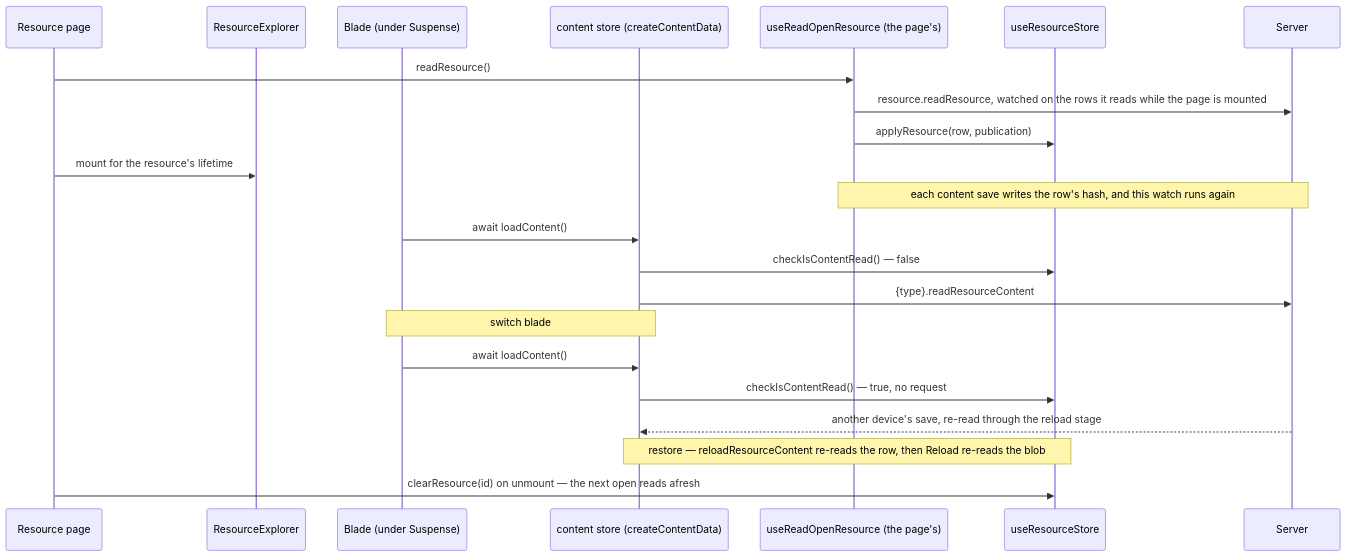
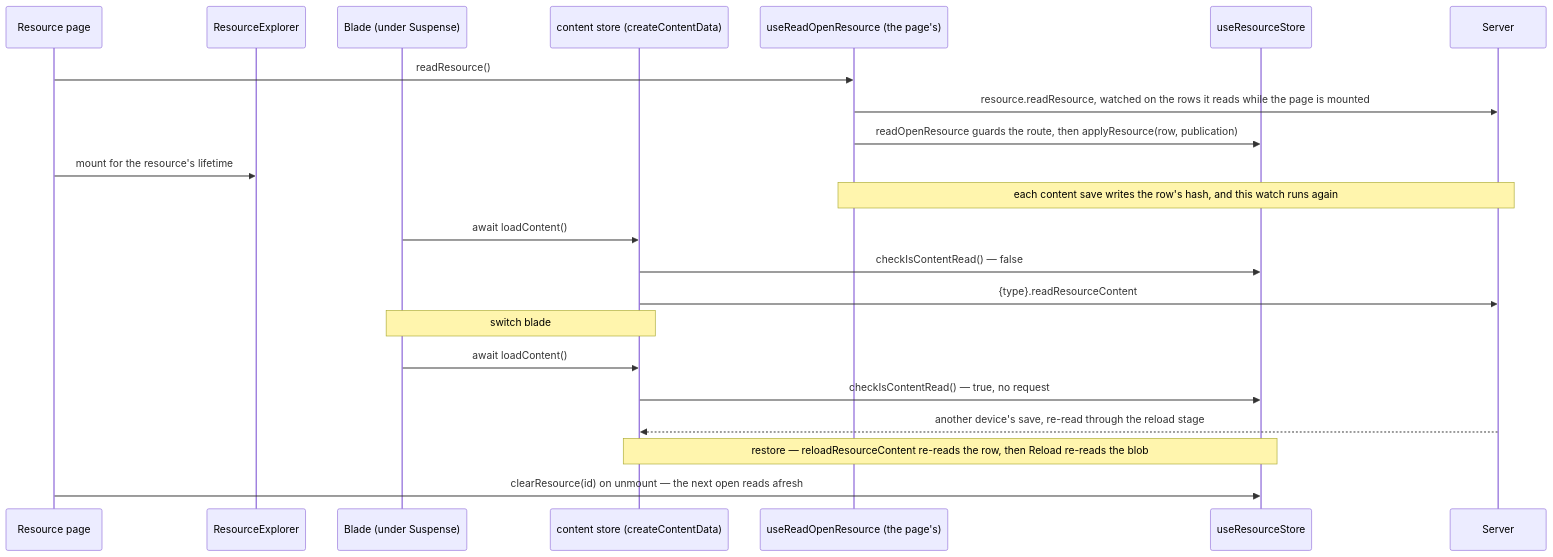
One commit to Esposter/Esposter changed the third of 3 diagrams in openspec/specs/architecture/resource/design.md. Above: the diagram before and after it, drawn with Mermaid. The commit also changed other lines of this file and 22 other files, not shown here.

First line of the commit message:
feat: the isolated architecture roadmap items are closed

````diff
--- a/openspec/specs/architecture/resource/design.md
+++ b/openspec/specs/architecture/resource/design.md
@@ -180,25 +180,25 @@
 ```mermaid
 sequenceDiagram
   participant Page as Resource page
   participant Shell as ResourceExplorer
   participant Blade as Blade (under Suspense)
   participant Content as content store (createContentData)
   participant Read as useReadOpenResource (the page's)
   participant Resource as useResourceStore
   participant Server
 
   Page->>Read: readResource()
   Read->>Server: resource.readResource, watched on the rows it reads while the page is mounted
-  Read->>Resource: applyResource(row, publication)
+  Read->>Resource: readOpenResource guards the route, then applyResource(row, publication)
   Page->>Shell: mount for the resource's lifetime
   Note over Read,Server: each content save writes the row's hash, and this watch runs again
   Blade->>Content: await loadContent()
   Content->>Resource: checkIsContentRead() — false
   Content->>Server: {type}.readResourceContent
   Note over Blade,Content: switch blade
   Blade->>Content: await loadContent()
   Content->>Resource: checkIsContentRead() — true, no request
   Server-->>Content: another device's save, re-read through the reload stage
   Note over Resource,Content: restore — reloadResourceContent re-reads the row, then Reload re-reads the blob
   Page->>Resource: clearResource(id) on unmount — the next open reads afresh
 ```
````
